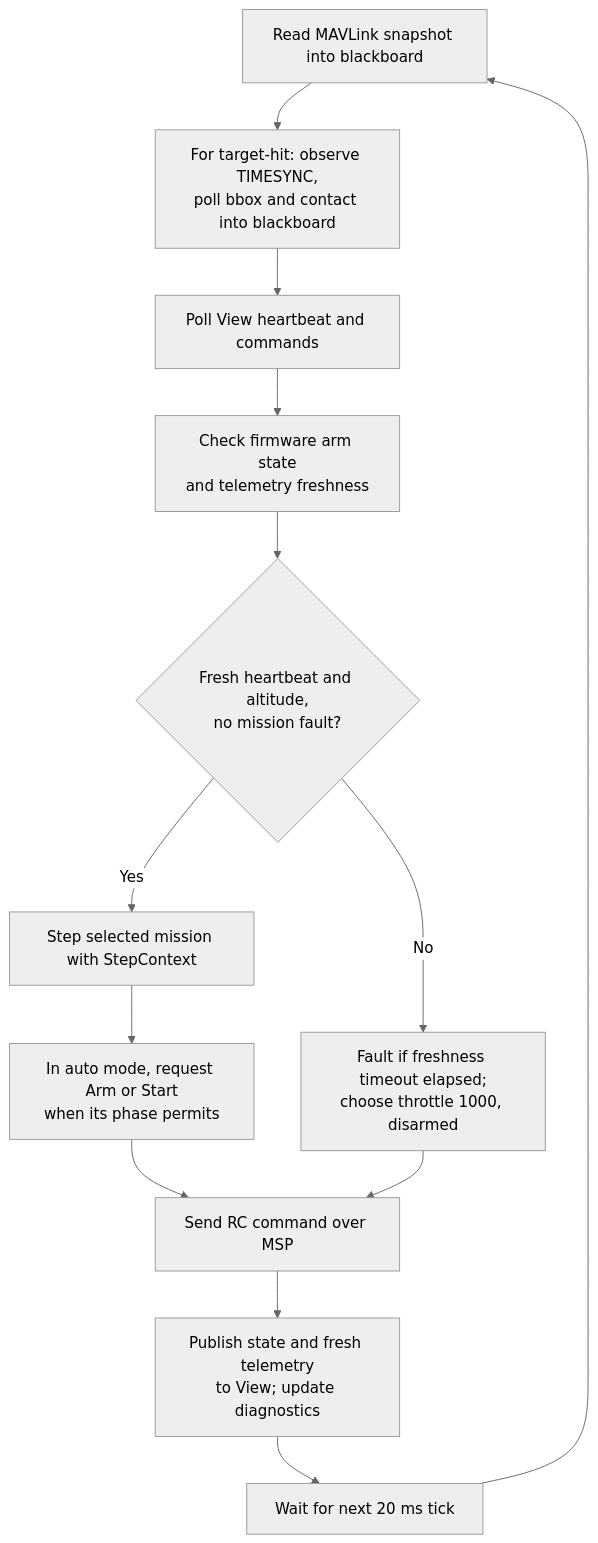
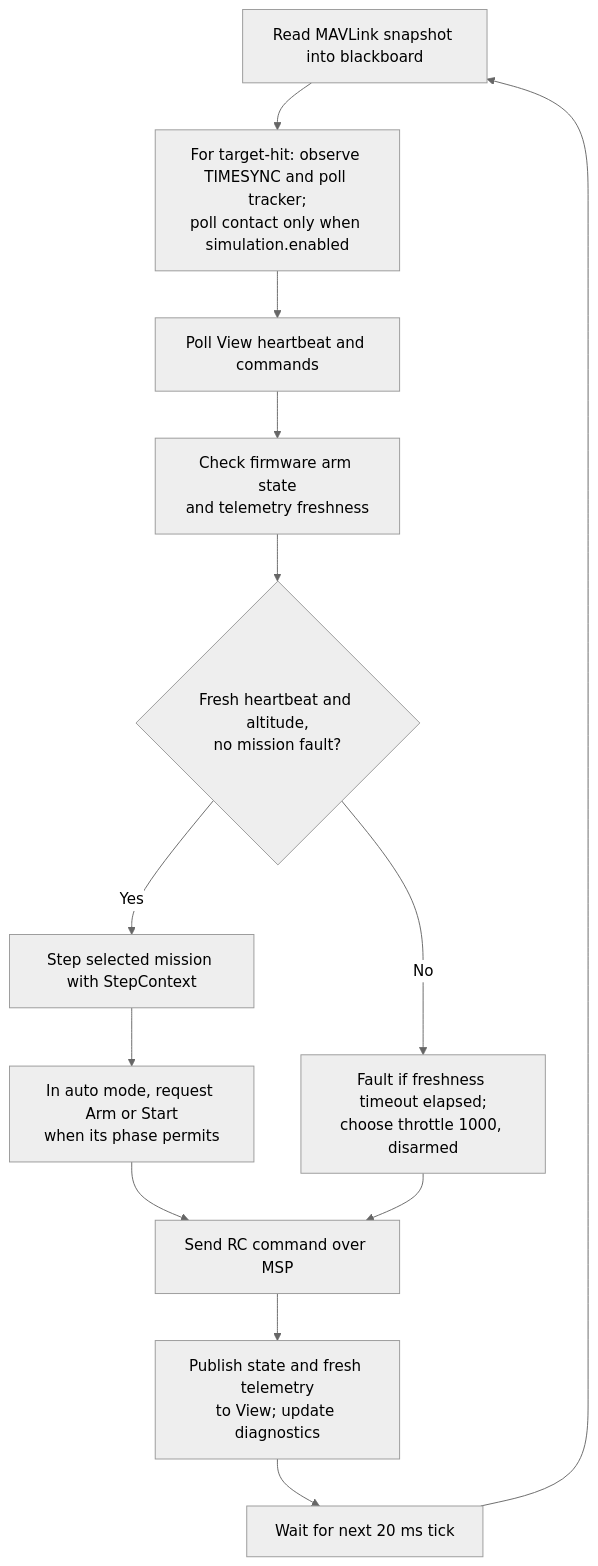
The second of 2 diagrams in docs/mission-control-loop.md (mayaboker/bullet_app), drawn with Mermaid (neutral theme) before and after one commit. The commit also changed other lines of this file and 25 other files, not shown here.

First line of the commit message:
Implement target tracking-log ownership and separate tracker simulation inputs

````diff
--- a/docs/mission-control-loop.md
+++ b/docs/mission-control-loop.md
@@ -62,15 +65,15 @@
 ```mermaid
 flowchart TD
-    A["Read MAVLink snapshot into blackboard"] --> B["For target-hit: observe TIMESYNC,<br/>poll bbox and contact into blackboard"]
+    A["Read MAVLink snapshot into blackboard"] --> B["For target-hit: observe TIMESYNC and poll tracker;<br/>poll contact only when simulation.enabled"]
     B --> C["Poll View heartbeat and commands"]
     C --> D["Check firmware arm state<br/>and telemetry freshness"]
     D --> E{"Fresh heartbeat and altitude,<br/>no mission fault?"}
     E -->|Yes| F["Step selected mission with StepContext"]
     F --> G["In auto mode, request Arm or Start<br/>when its phase permits"]
     E -->|No| H["Fault if freshness timeout elapsed;<br/>choose throttle 1000, disarmed"]
     G --> I["Send RC command over MSP"]
     H --> I
     I --> J["Publish state and fresh telemetry<br/>to View; update diagnostics"]
     J --> K["Wait for next 20 ms tick"]
     K --> A
 ```
````
